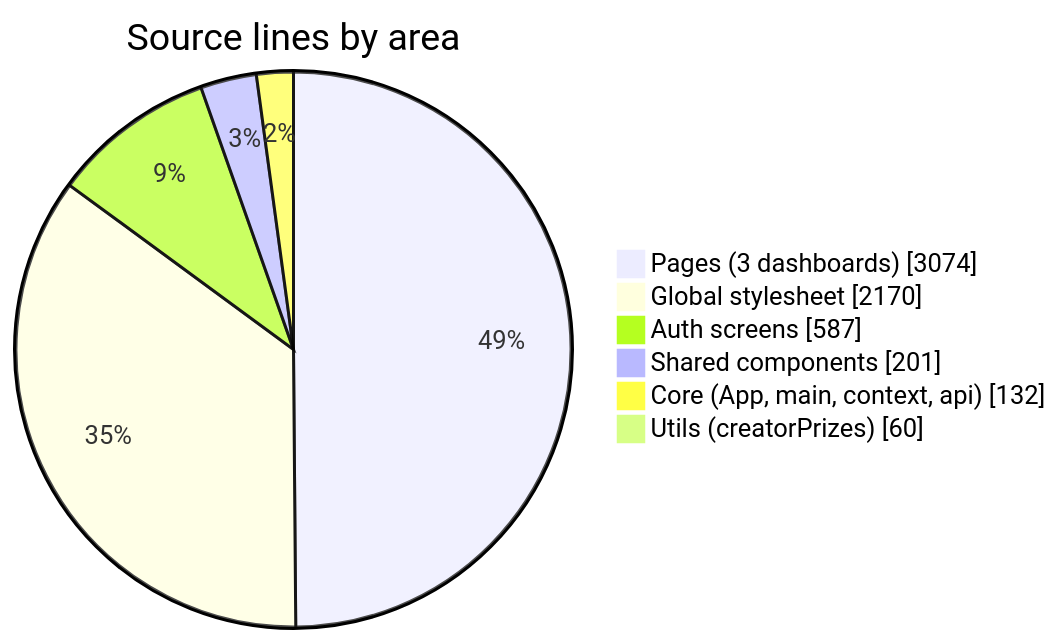
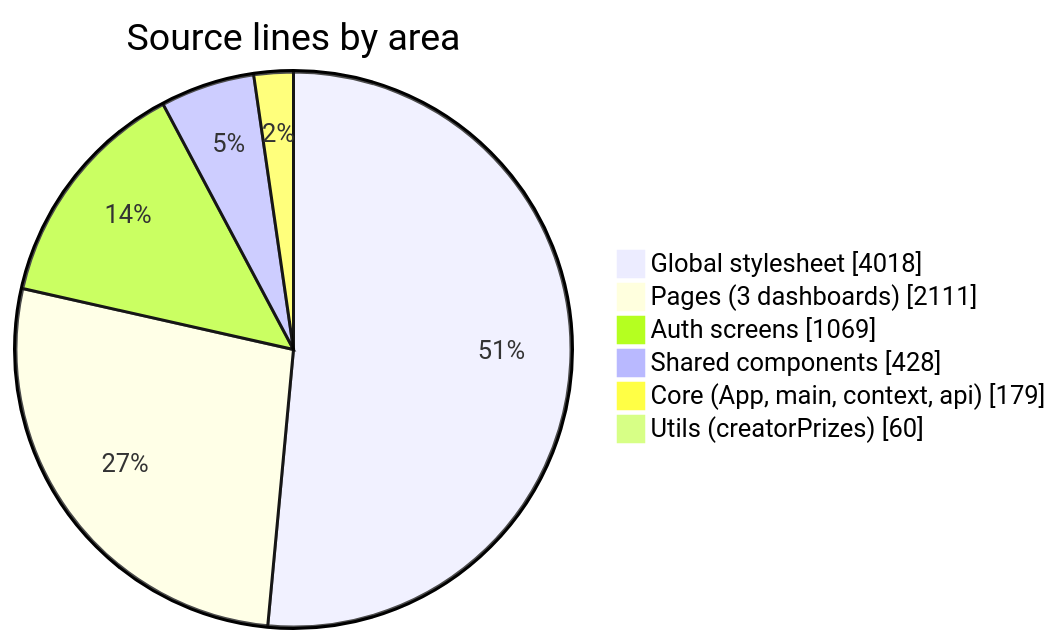
One commit to RohitChintalapudi/BrandForge_Frontend changed the tenth of 11 diagrams in README.md. Above: the diagram before and after it, drawn with Mermaid. The commit also changed other lines of this file, not shown here.

First line of the commit message:
docs(readme): refresh API map, codebase stats, and limitations

````diff
--- a/README.md
+++ b/README.md
@@ -624,10 +621,10 @@
 ```mermaid
 pie showData
     title Source lines by area
-    "Pages (3 dashboards)" : 3074
-    "Global stylesheet" : 2170
-    "Auth screens" : 587
-    "Shared components" : 201
-    "Core (App, main, context, api)" : 132
+    "Global stylesheet" : 4018
+    "Pages (3 dashboards)" : 2111
+    "Auth screens" : 1069
+    "Shared components" : 428
+    "Core (App, main, context, api)" : 179
     "Utils (creatorPrizes)" : 60
 ```
````
